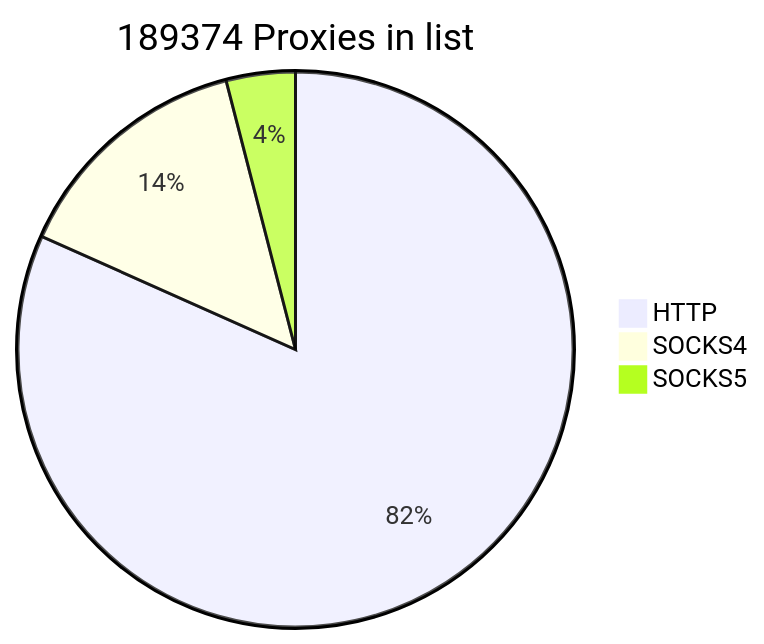
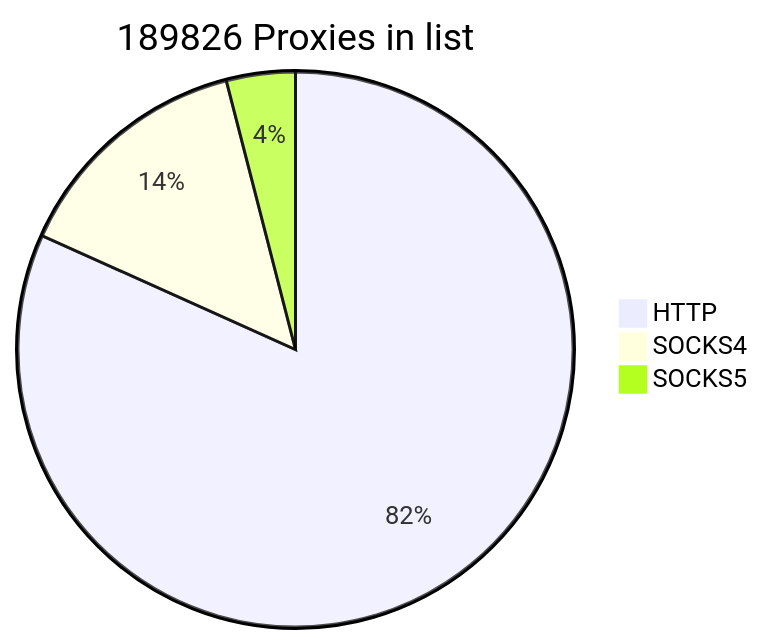
Before and after one commit to cutipu/proxylist: the first of 2 diagrams in README.md, drawn with Mermaid. The commit also changed other lines of this file, not shown here.

````diff
--- a/README.md
+++ b/README.md
@@ -2,7 +2,7 @@
 ```mermaid
-pie title 189374 Proxies in list
-    "HTTP" : 154663
-    "SOCKS4" : 27101
-    "SOCKS5" : 7610
+pie title 189826 Proxies in list
+    "HTTP" : 155119
+    "SOCKS4" : 27099
+    "SOCKS5" : 7608
             
 ```
````
